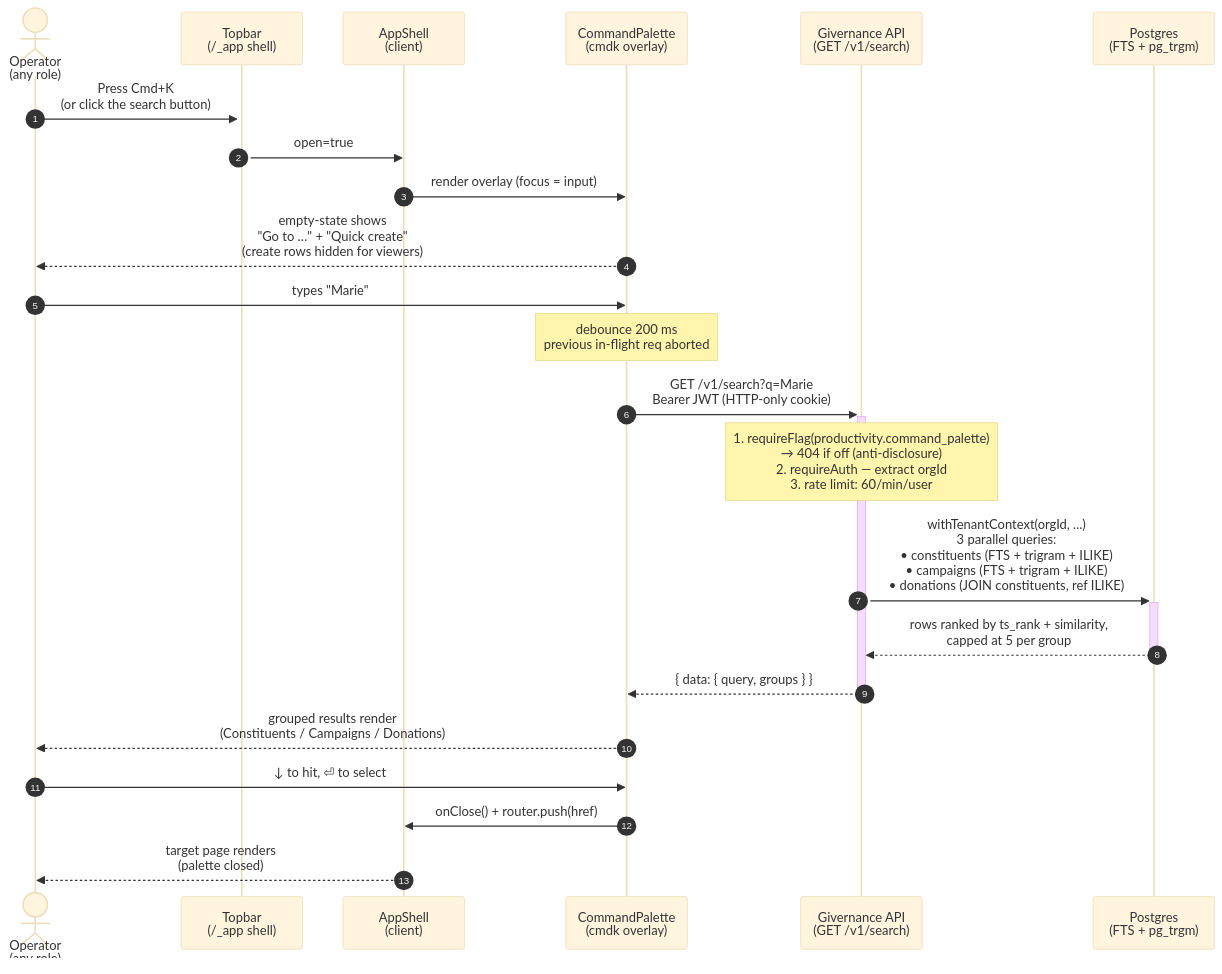
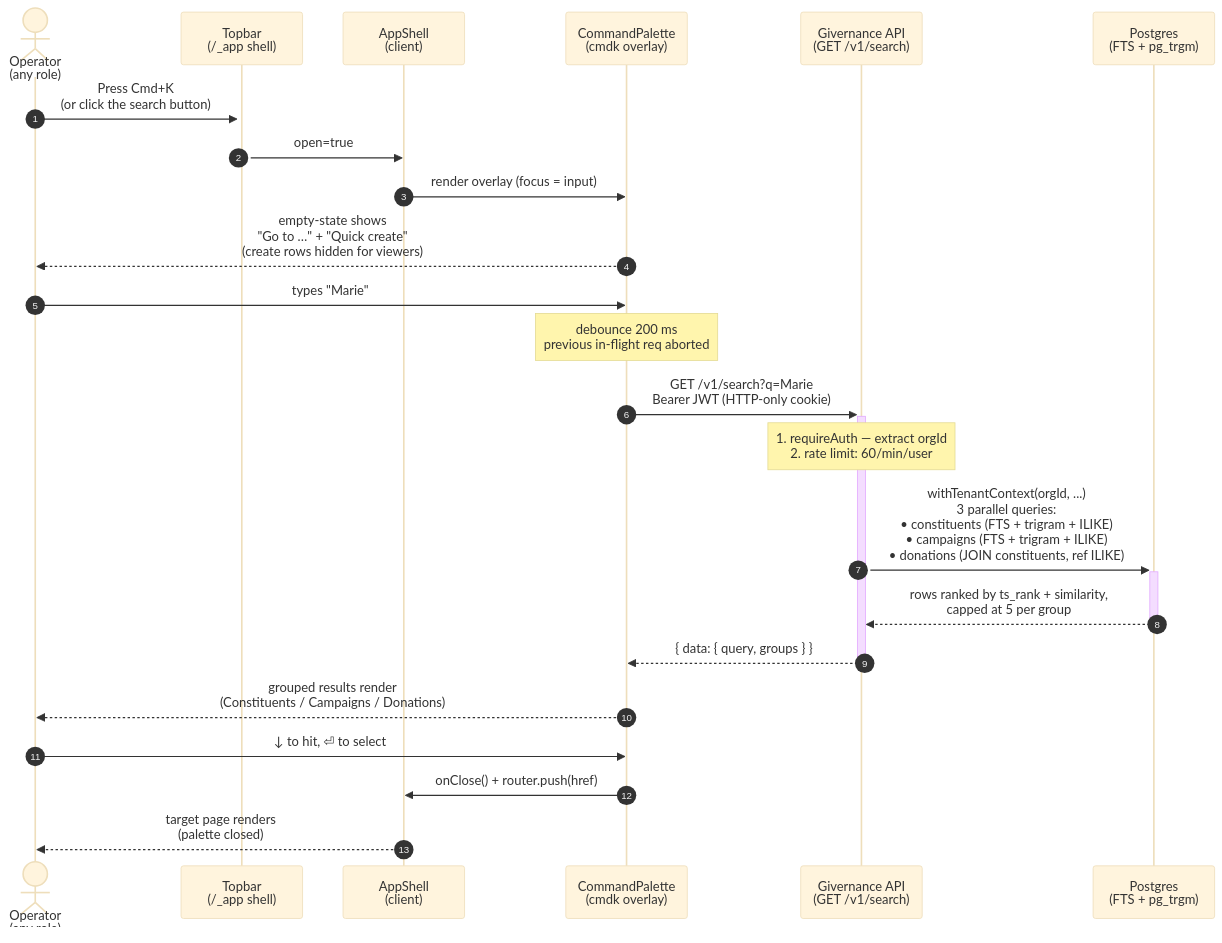
One commit to purposestack/givernance changed the first of 2 diagrams in docs/29-global-search.md. Above: the diagram before and after it, drawn with Mermaid (base theme). The commit also changed other lines of this file and 59 other files, not shown here.

````diff
--- a/docs/29-global-search.md
+++ b/docs/29-global-search.md
@@ -21,29 +21,29 @@
 ```mermaid
 sequenceDiagram
     autonumber
     actor Operator as Operator<br/>(any role)
     participant Topbar as Topbar<br/>(/_app shell)
     participant Shell as AppShell<br/>(client)
     participant Palette as CommandPalette<br/>(cmdk overlay)
     participant API as Givernance API<br/>(GET /v1/search)
     participant DB as Postgres<br/>(FTS + pg_trgm)
 
     Operator->>+Topbar: Press Cmd+K<br/>(or click the search button)
     Topbar->>Shell: open=true
     Shell->>Palette: render overlay (focus = input)
     Palette-->>Operator: empty-state shows<br/>"Go to …" + "Quick create"<br/>(create rows hidden for viewers)
 
     Operator->>Palette: types "Marie"
 
     Note over Palette: debounce 200 ms<br/>previous in-flight req aborted
     Palette->>+API: GET /v1/search?q=Marie<br/>Bearer JWT (HTTP-only cookie)
-    Note over API: 1. requireFlag(productivity.command_palette)<br/>   → 404 if off (anti-disclosure)<br/>2. requireAuth — extract orgId<br/>3. rate limit: 60/min/user
+    Note over API: 1. requireAuth — extract orgId<br/>2. rate limit: 60/min/user
     API->>+DB: withTenantContext(orgId, ...)<br/>3 parallel queries:<br/>• constituents (FTS + trigram + ILIKE)<br/>• campaigns   (FTS + trigram + ILIKE)<br/>• donations   (JOIN constituents, ref ILIKE)
     DB-->>-API: rows ranked by ts_rank + similarity,<br/>capped at 5 per group
     API-->>-Palette: { data: { query, groups } }
 
     Palette-->>Operator: grouped results render<br/>(Constituents / Campaigns / Donations)
     Operator->>Palette: ↓ to hit, ⏎ to select
     Palette->>Shell: onClose() + router.push(href)
     Shell-->>Operator: target page renders<br/>(palette closed)
 ```
````
